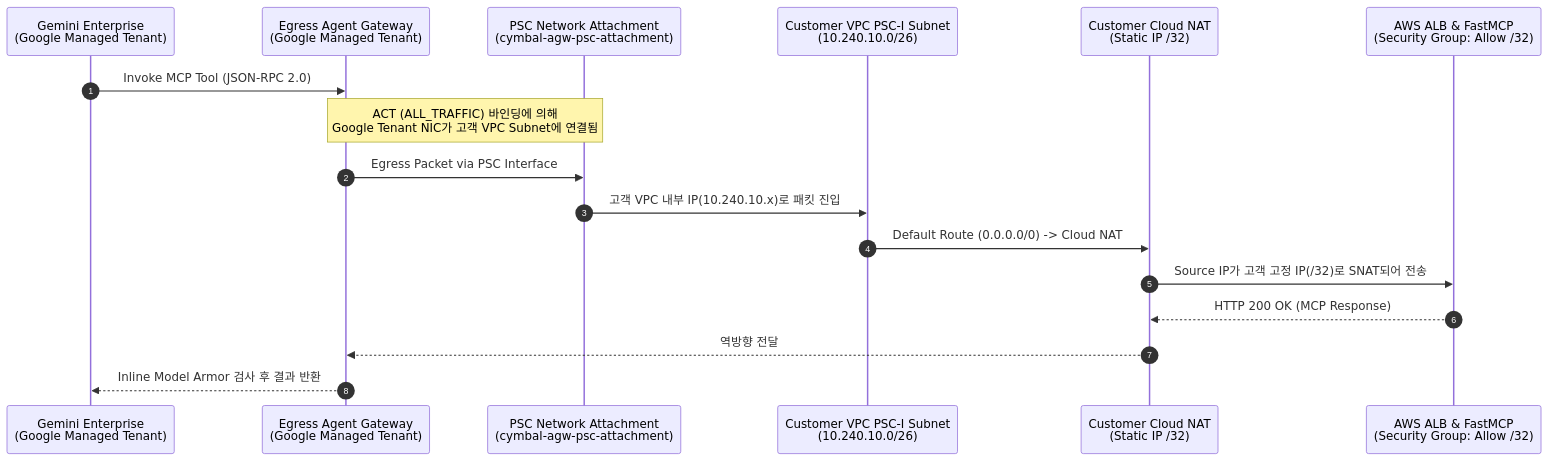
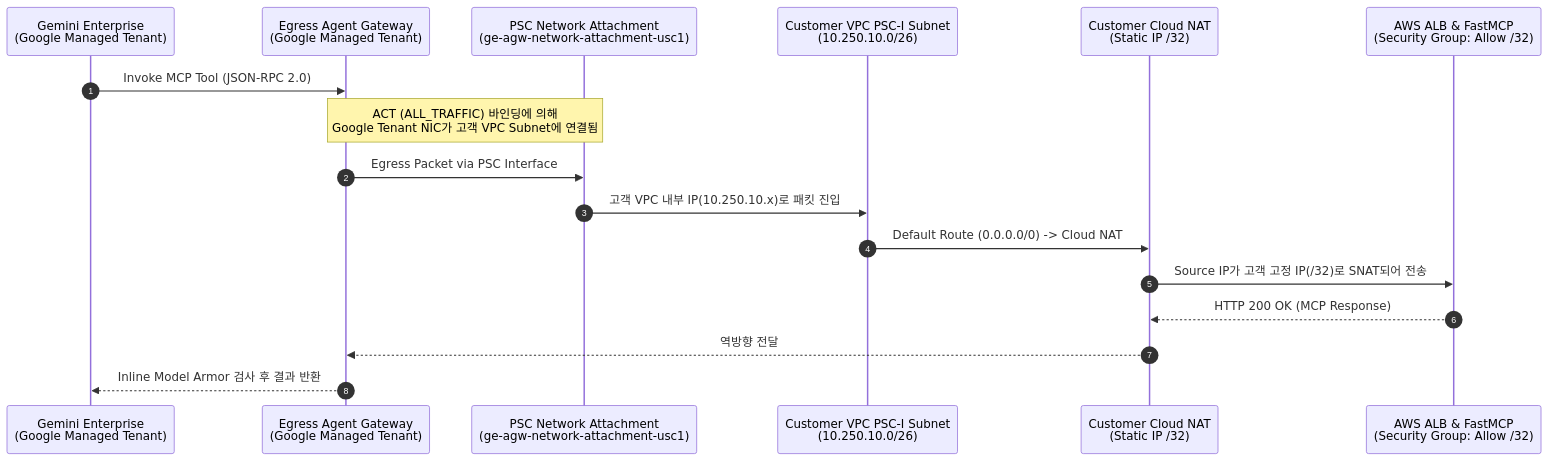
Before and after one commit to rhkim77/ge-agent-gateway-mcp: the third of 4 diagrams in docs/CONSOLE_UI_CLICK_BY_CLICK_GUIDE_KR.md, drawn with Mermaid. The commit also changed other lines of this file and 31 other files, not shown here.

Commit message:
feat(diagrams): upgrade all repository and Qwiklabs diagrams to Official GCP Standard Style (SVG, 2x Retina PNG, Draw.io XML, and Mermaid)

````diff
--- a/docs/CONSOLE_UI_CLICK_BY_CLICK_GUIDE_KR.md
+++ b/docs/CONSOLE_UI_CLICK_BY_CLICK_GUIDE_KR.md
@@ -159,20 +174,20 @@
 ```mermaid
 sequenceDiagram
     autonumber
     participant GE as Gemini Enterprise<br/>(Google Managed Tenant)
     participant AGW as Egress Agent Gateway<br/>(Google Managed Tenant)
-    participant NA as PSC Network Attachment<br/>(cymbal-agw-psc-attachment)
-    participant SUB as Customer VPC PSC-I Subnet<br/>(10.240.10.0/26)
+    participant NA as PSC Network Attachment<br/>(ge-agw-network-attachment-usc1)
+    participant SUB as Customer VPC PSC-I Subnet<br/>(10.250.10.0/26)
     participant NAT as Customer Cloud NAT<br/>(Static IP /32)
     participant AWS as AWS ALB & FastMCP<br/>(Security Group: Allow /32)
 
     GE->>AGW: Invoke MCP Tool (JSON-RPC 2.0)
     Note over AGW,NA: ACT (ALL_TRAFFIC) 바인딩에 의해<br/>Google Tenant NIC가 고객 VPC Subnet에 연결됨
     AGW->>NA: Egress Packet via PSC Interface
-    NA->>SUB: 고객 VPC 내부 IP(10.240.10.x)로 패킷 진입
+    NA->>SUB: 고객 VPC 내부 IP(10.250.10.x)로 패킷 진입
     SUB->>NAT: Default Route (0.0.0.0/0) -> Cloud NAT
     NAT->>AWS: Source IP가 고객 고정 IP(/32)로 SNAT되어 전송
     AWS-->>NAT: HTTP 200 OK (MCP Response)
     NAT-->>AGW: 역방향 전달
     AGW-->>GE: Inline Model Armor 검사 후 결과 반환
 ```
````
